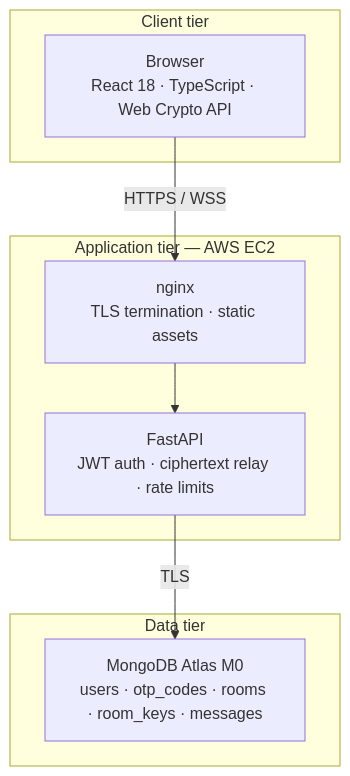
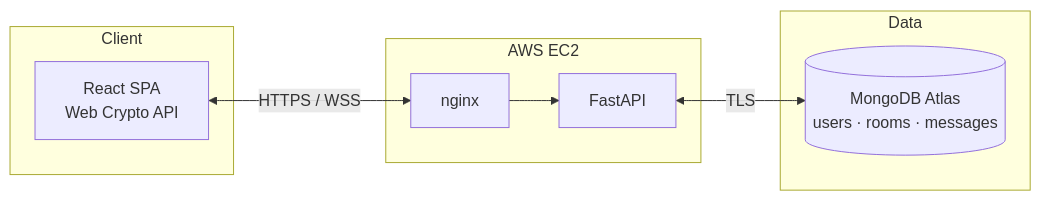
The first of 2 diagrams in README.md (Sireesha-Boyapati/Secure-Communications-Collaboration-System-Design-and-Deployment), drawn with Mermaid before and after one commit.

Commit message:
docs: restore horizontal architecture diagram with MongoDB cylinder

````diff
--- a/README.md
+++ b/README.md
@@ -66,19 +66,16 @@
 ```mermaid
-flowchart TB
-    subgraph Client["Client tier"]
-        Browser["Browser<br/>React 18 · TypeScript · Web Crypto API"]
+flowchart LR
+    subgraph Client["Client"]
+        A["React SPA<br/>Web Crypto API"]
     end
-
-    subgraph Compute["Application tier — AWS EC2"]
-        Nginx["nginx<br/>TLS termination · static assets"]
-        API["FastAPI<br/>JWT auth · ciphertext relay · rate limits"]
-        Nginx --> API
+    subgraph EC2["AWS EC2"]
+        B["nginx"]
+        C["FastAPI"]
+        B --> C
     end
-
-    subgraph Data["Data tier"]
-        Atlas["MongoDB Atlas M0<br/>users · otp_codes · rooms · room_keys · messages"]
+    subgraph Cloud["Data"]
+        D[("MongoDB Atlas<br/>users · rooms · messages")]
     end
-
-    Browser -->|"HTTPS / WSS"| Nginx
-    API -->|"TLS"| Atlas
+    A <-->|HTTPS / WSS| B
+    C <-->|TLS| D
 ```
````
